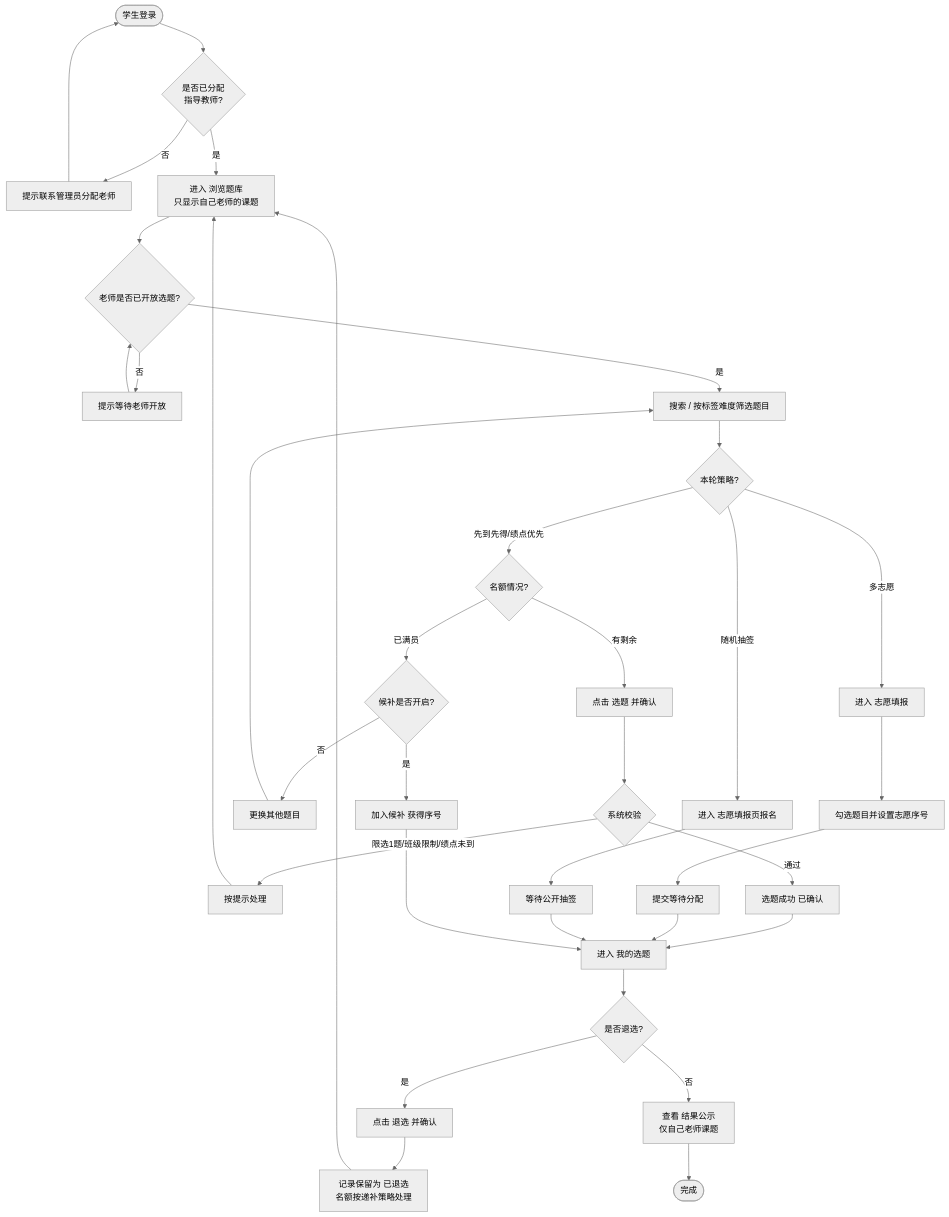
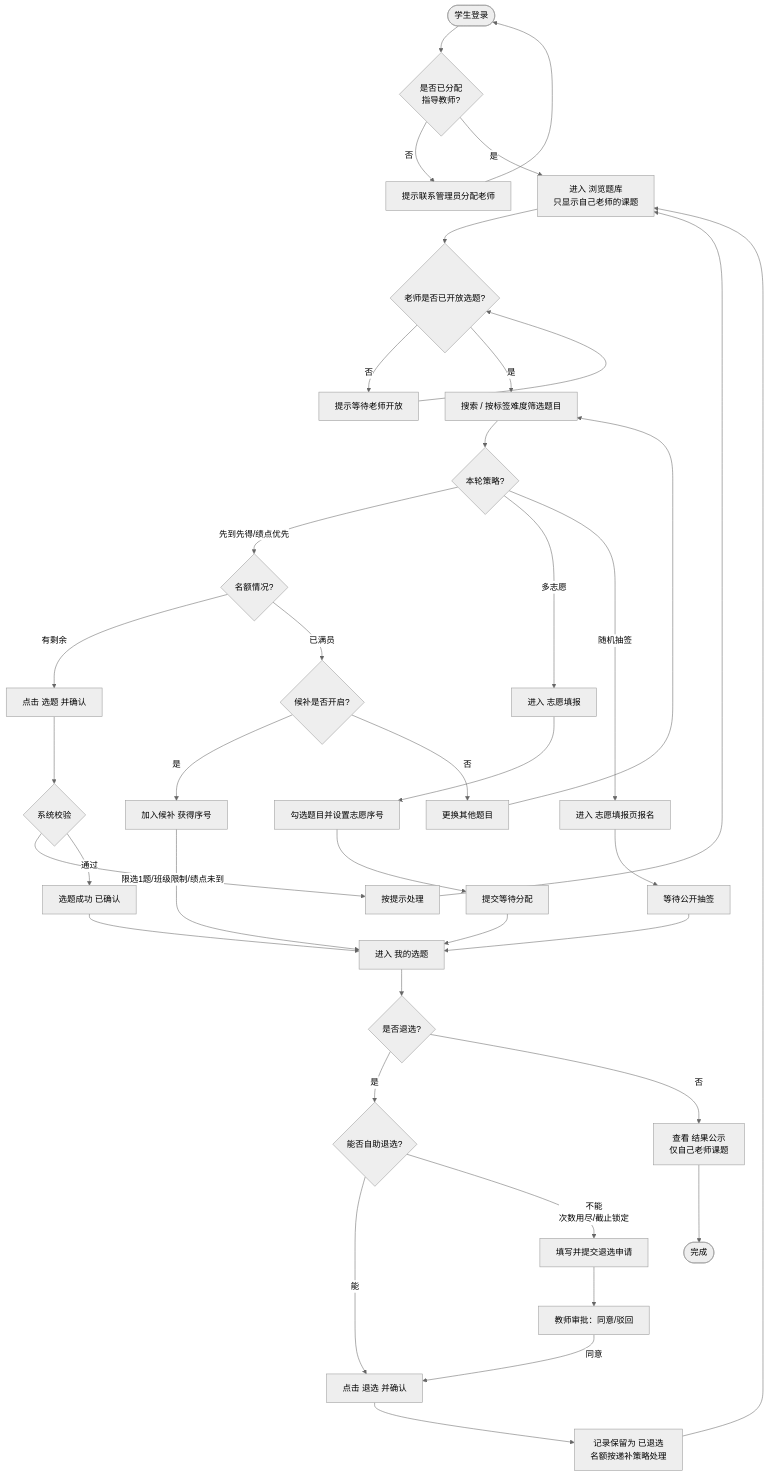
Before and after one commit to haixiaoyuntian/topicgo: the second of 5 diagrams in student-topic-system/wiki/06-使用流程.md, drawn with Mermaid (neutral theme). The commit also changed other lines of this file and 62 other files, not shown here.

````diff
--- a/student-topic-system/wiki/06-使用流程.md
+++ b/student-topic-system/wiki/06-使用流程.md
@@ -46,29 +46,33 @@
 ```mermaid
 flowchart TD
     S1([学生登录]) --> S0{是否已分配<br/>指导教师?}
     S0 -- 否 --> S0a[提示联系管理员分配老师] --> S1
     S0 -- 是 --> S2[进入 浏览题库<br/>只显示自己老师的课题]
     S2 --> S2a{老师是否已开放选题?}
     S2a -- 否 --> S2b[提示等待老师开放] --> S2a
     S2a -- 是 --> S3[搜索 / 按标签难度筛选题目]
     S3 --> Mode{本轮策略?}
     Mode -- 先到先得/绩点优先 --> S4{名额情况?}
     S4 -- 有剩余 --> S5[点击 选题 并确认]
     S4 -- 已满员 --> S6{候补是否开启?}
     S6 -- 是 --> S7[加入候补 获得序号]
     S6 -- 否 --> S8[更换其他题目] --> S3
     S5 --> S9{系统校验}
     S9 -- 限选1题/班级限制/绩点未到 --> S10[按提示处理] --> S2
     S9 -- 通过 --> S11[选题成功 已确认]
     Mode -- 多志愿 --> W1[进入 志愿填报] --> W2[勾选题目并设置志愿序号] --> W3[提交等待分配]
     Mode -- 随机抽签 --> E1[进入 志愿填报页报名] --> E2[等待公开抽签]
     S11 --> S12[进入 我的选题]
     W3 --> S12
     E2 --> S12
     S7 --> S12
     S12 --> S13{是否退选?}
-    S13 -- 是 --> S14[点击 退选 并确认]
+    S13 -- 是 --> S13a{能否自助退选?}
+    S13a -- 能 --> S14[点击 退选 并确认]
+    S13a -- 不能<br/>次数用尽/截止锁定 --> S14b[填写并提交退选申请]
+    S14b --> S14c[教师审批：同意/驳回]
+    S14c -- 同意 --> S14
     S14 --> S15[记录保留为 已退选<br/>名额按递补策略处理]
     S15 --> S2
     S13 -- 否 --> S16[查看 结果公示<br/>仅自己老师课题] --> S17([完成])
 ```
````
